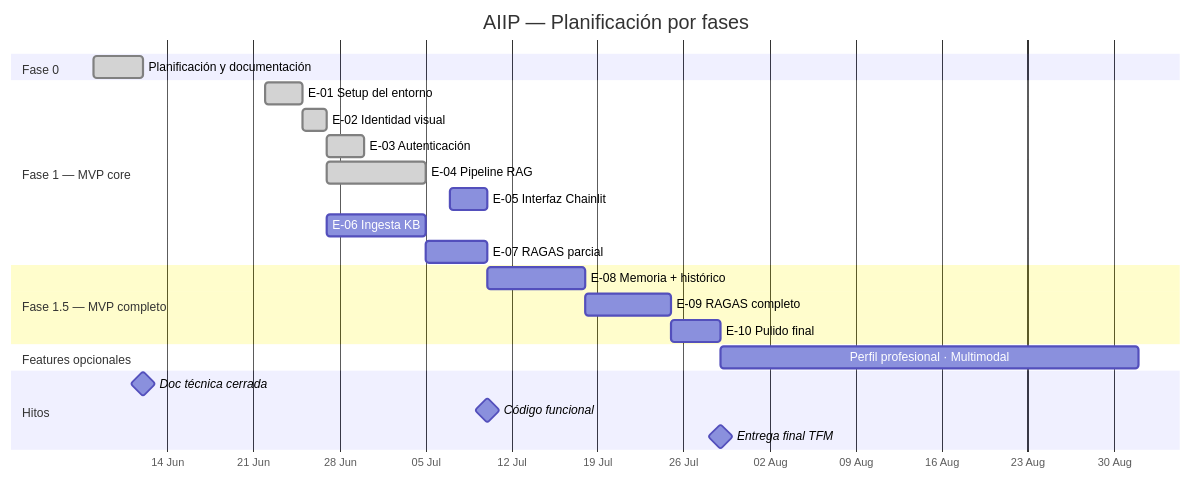
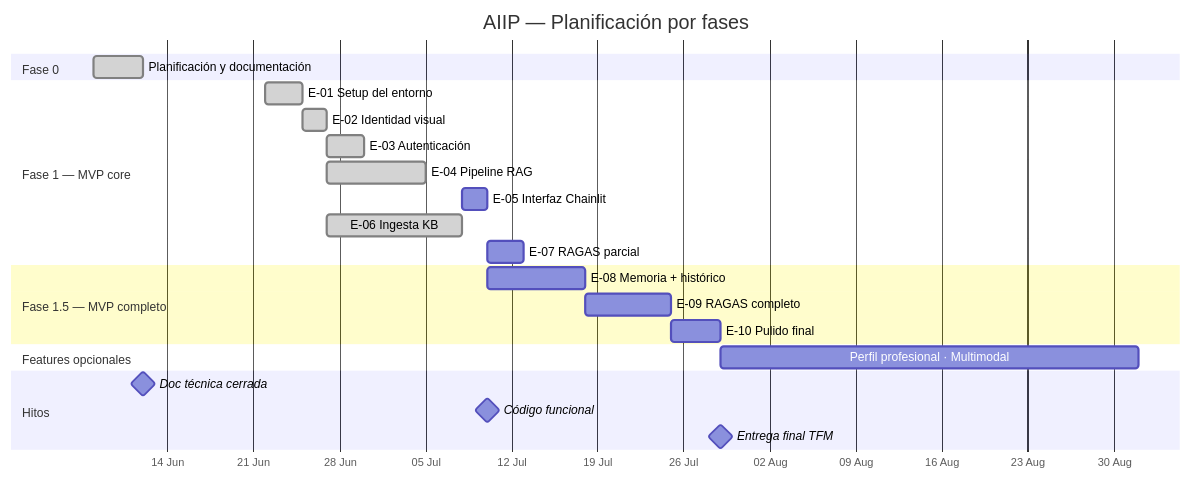
Before and after one commit to mimpho/aiip: the diagram in README.md, drawn with Mermaid. The commit also changed other lines of this file and 78 other files, not shown here.

````diff
--- a/README.md
+++ b/README.md
@@ -60,31 +60,31 @@
 ```mermaid
 gantt
     title AIIP — Planificación por fases
     dateFormat  YYYY-MM-DD
     axisFormat  %d %b
 
     section Fase 0
     Planificación y documentación     :done,    f0, 2026-06-08, 2026-06-12
 
     section Fase 1 — MVP core
     E-01 Setup del entorno            :done,    e01, 2026-06-22, 2026-06-25
     E-02 Identidad visual             :done,    e02, 2026-06-25, 2026-06-27
     E-03 Autenticación                :done,    e03, 2026-06-27, 2026-06-30
     E-04 Pipeline RAG                 :done,    e04, 2026-06-27, 2026-07-05
-    E-05 Interfaz Chainlit            :         e05, 2026-07-07, 2026-07-10
-    E-06 Ingesta KB                   :         e06, 2026-06-27, 2026-07-05
-    E-07 RAGAS parcial                :         e07, 2026-07-05, 2026-07-10
+    E-05 Interfaz Chainlit            :         e05, 2026-07-08, 2026-07-10
+    E-06 Ingesta KB                   :done,    e06, 2026-06-27, 2026-07-08
+    E-07 RAGAS parcial                :         e07, 2026-07-10, 2026-07-13
 
     section Fase 1.5 — MVP completo
     E-08 Memoria + histórico          :         e08, 2026-07-10, 2026-07-18
     E-09 RAGAS completo               :         e09, 2026-07-18, 2026-07-25
     E-10 Pulido final                 :         e10, 2026-07-25, 2026-07-29
 
     section Features opcionales
     Perfil profesional · Multimodal   :         fo, 2026-07-29, 2026-09-01
 
     section Hitos
     Doc técnica cerrada               :milestone, 2026-06-12, 0d
     Código funcional                  :milestone, 2026-07-10, 0d
     Entrega final TFM                 :milestone, 2026-07-29, 0d
 ```
````
